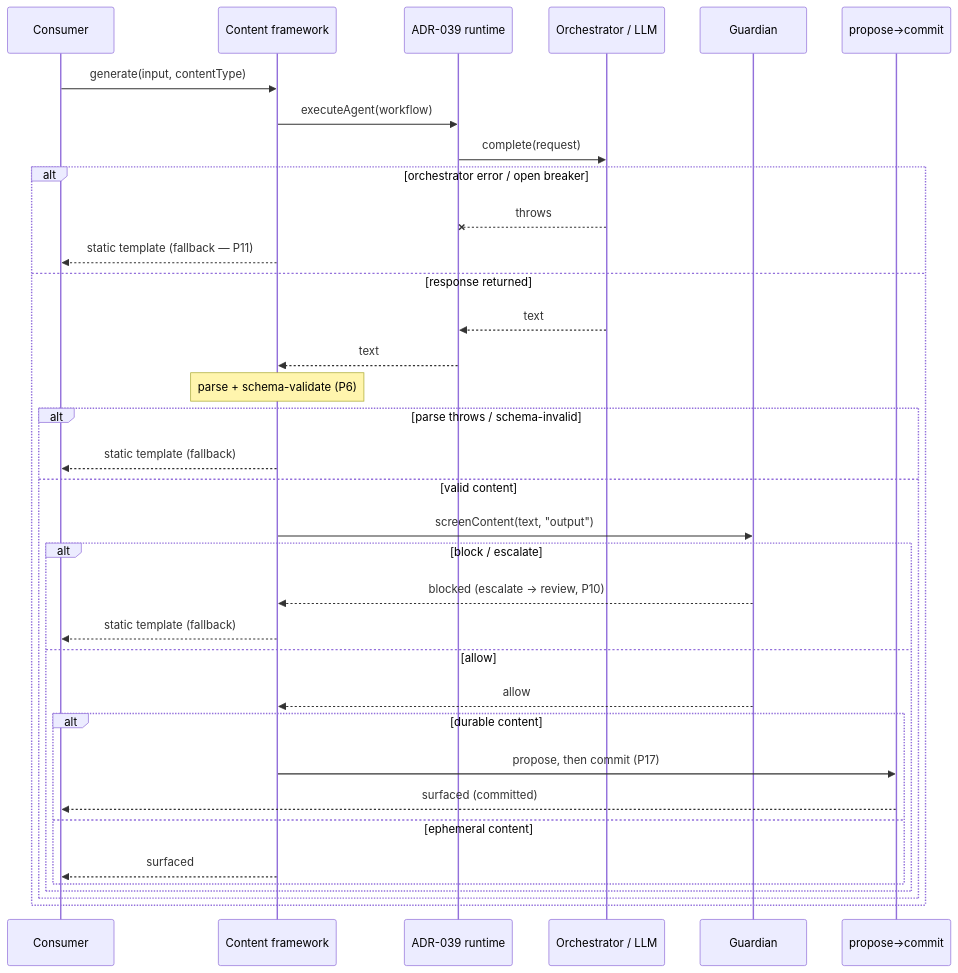
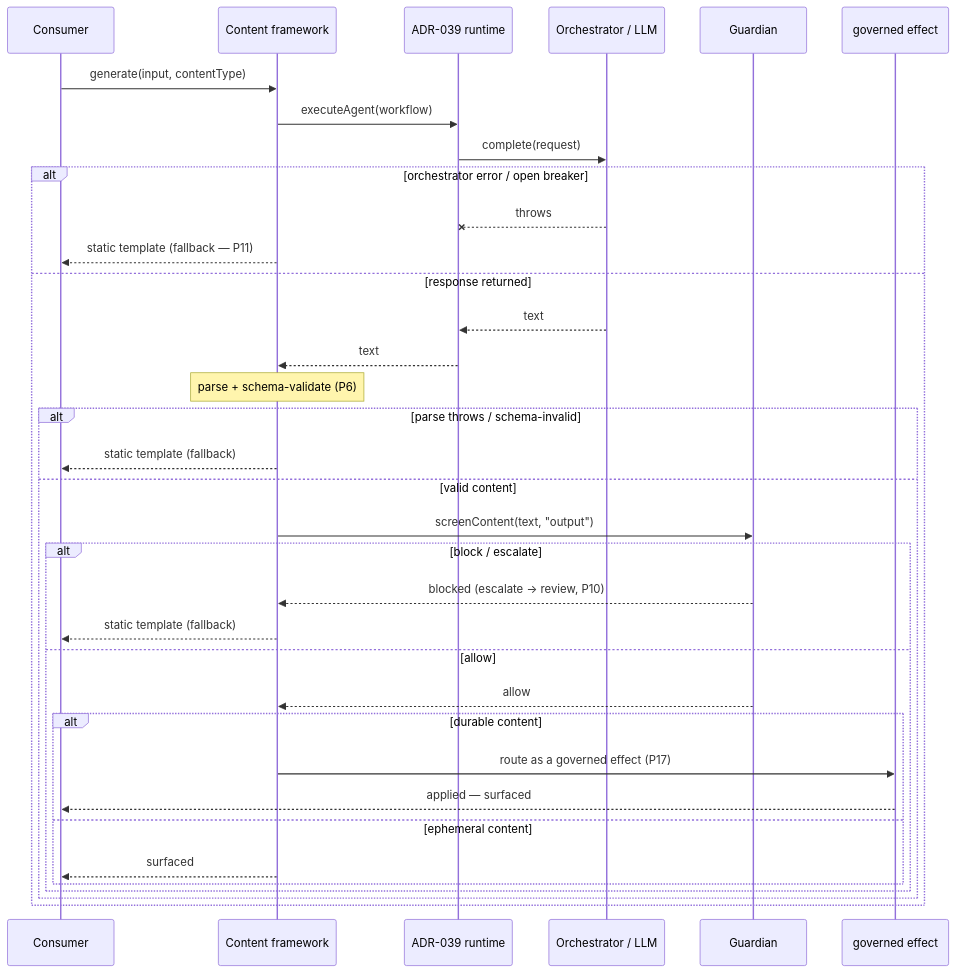
One commit to Datankare/platform-foundation changed the third of 6 diagrams in docs/adr/ADR-037-content-generation-framework.md. Above: the diagram before and after it, drawn with Mermaid. The commit also changed other lines of this file, not shown here.

First line of the commit message:
docs(adr-037): record the surfacing design — governed effect + shared router

````diff
--- a/docs/adr/ADR-037-content-generation-framework.md
+++ b/docs/adr/ADR-037-content-generation-framework.md
@@ -119,39 +121,39 @@
 ```mermaid
 sequenceDiagram
     participant C as Consumer
     participant F as Content framework
     participant R as ADR-039 runtime
     participant O as Orchestrator / LLM
     participant G as Guardian
-    participant P as propose→commit
+    participant P as governed effect
 
     C->>F: generate(input, contentType)
     F->>R: executeAgent(workflow)
     R->>O: complete(request)
 
     alt orchestrator error / open breaker
         O--xR: throws
         F-->>C: static template (fallback — P11)
     else response returned
         O-->>R: text
         R-->>F: text
         Note over F: parse + schema-validate (P6)
         alt parse throws / schema-invalid
             F-->>C: static template (fallback)
         else valid content
             F->>G: screenContent(text, "output")
             alt block / escalate
                 G-->>F: blocked (escalate → review, P10)
                 F-->>C: static template (fallback)
             else allow
                 G-->>F: allow
                 alt durable content
-                    F->>P: propose, then commit (P17)
-                    P-->>C: surfaced (committed)
+                    F->>P: route as a governed effect (P17)
+                    P-->>C: applied — surfaced
                 else ephemeral content
                     F-->>C: surfaced
                 end
             end
         end
     end
 ```
````
